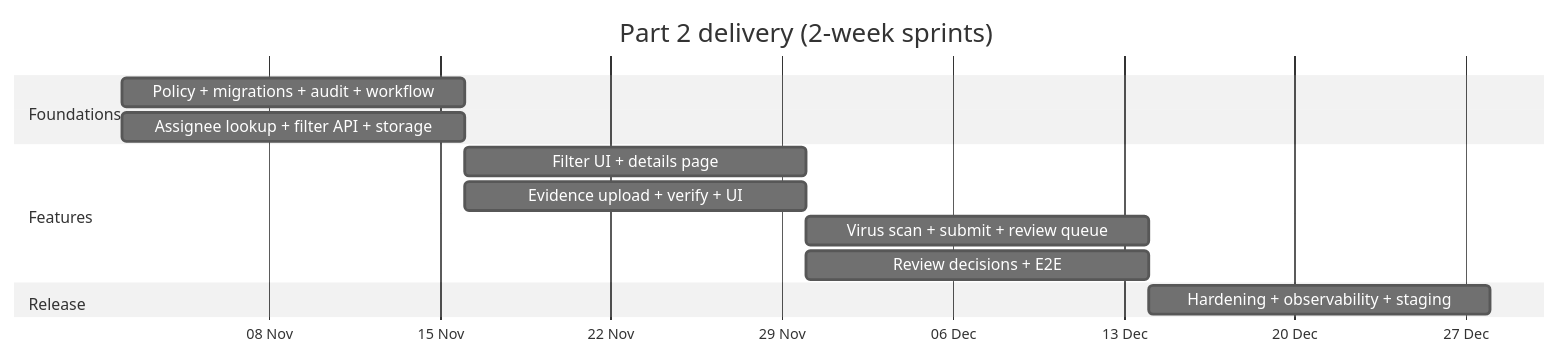
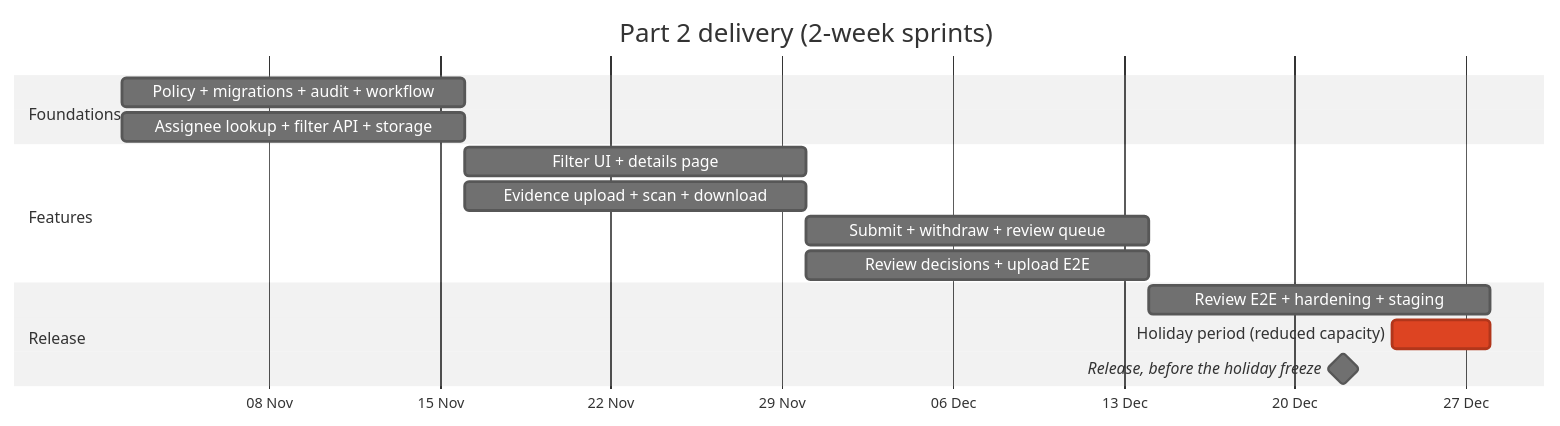
One commit to Kukesan/task-internal-portal changed the sixth of 6 diagrams in docs/Task_2.md. Above: the diagram before and after it, drawn with Mermaid (neutral theme). The commit also changed other lines of this file and 1 other file, not shown here.

````diff
--- a/docs/Task_2.md
+++ b/docs/Task_2.md
@@ -401,16 +429,18 @@
 ```mermaid
 gantt
     dateFormat  YYYY-MM-DD
     axisFormat  %d %b
     title Part 2 delivery (2-week sprints)
     section Foundations
     Policy + migrations + audit + workflow :s1a, 2026-11-02, 14d
     Assignee lookup + filter API + storage :s1b, 2026-11-02, 14d
     section Features
     Filter UI + details page               :s2a, after s1a, 14d
-    Evidence upload + verify + UI          :s2b, after s1b, 14d
-    Virus scan + submit + review queue     :s3a, after s2b, 14d
-    Review decisions + E2E                 :s3b, after s2a, 14d
+    Evidence upload + scan + download      :s2b, after s1b, 14d
+    Submit + withdraw + review queue       :s3a, after s2b, 14d
+    Review decisions + upload E2E          :s3b, after s2a, 14d
     section Release
-    Hardening + observability + staging    :s4, after s3a, 14d
+    Review E2E + hardening + staging       :s4, after s3a, 14d
+    Holiday period (reduced capacity)      :crit, h1, 2026-12-24, 4d
+    Release, before the holiday freeze     :milestone, m1, 2026-12-22, 0d
 ```
````
